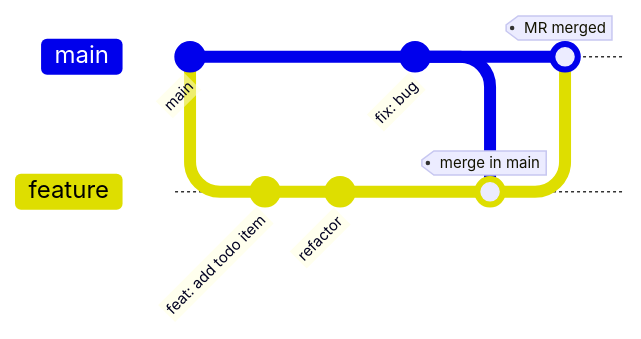
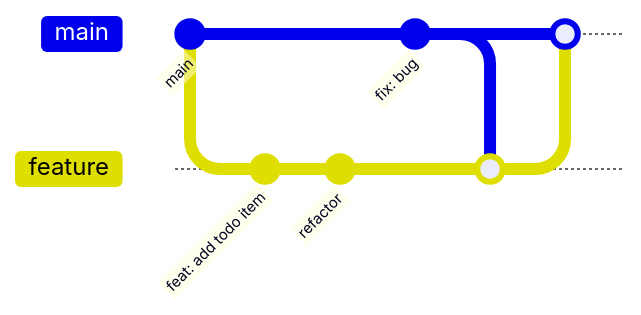
Diagram 16 of 21 in slides.md (lizsalmon/iCSC-Git-talk), drawn with Mermaid before and after one commit. The commit also changed other lines of this file and 1 other file, not shown here.

````diff
--- a/slides.md
+++ b/slides.md
@@ -679,14 +768,14 @@
 ```mermaid
 gitGraph
   commit id: "main"
   branch feature
   checkout feature
   commit id: "feat: add todo item"
   commit id: "refactor"
   checkout main
   commit id: "fix: bug"
   checkout feature
-  merge main tag: "merge in main"
+  merge main
   checkout main
-  merge feature tag: "MR merged"
+  merge feature
 ```
````
